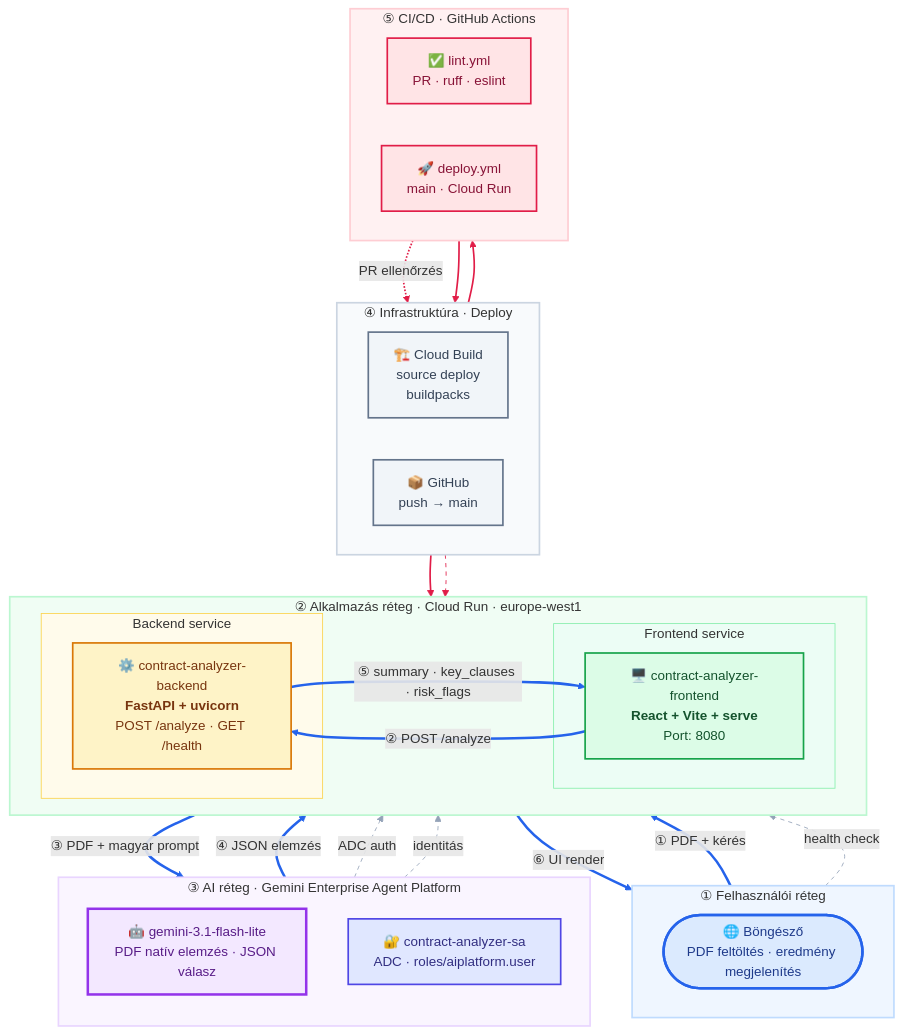
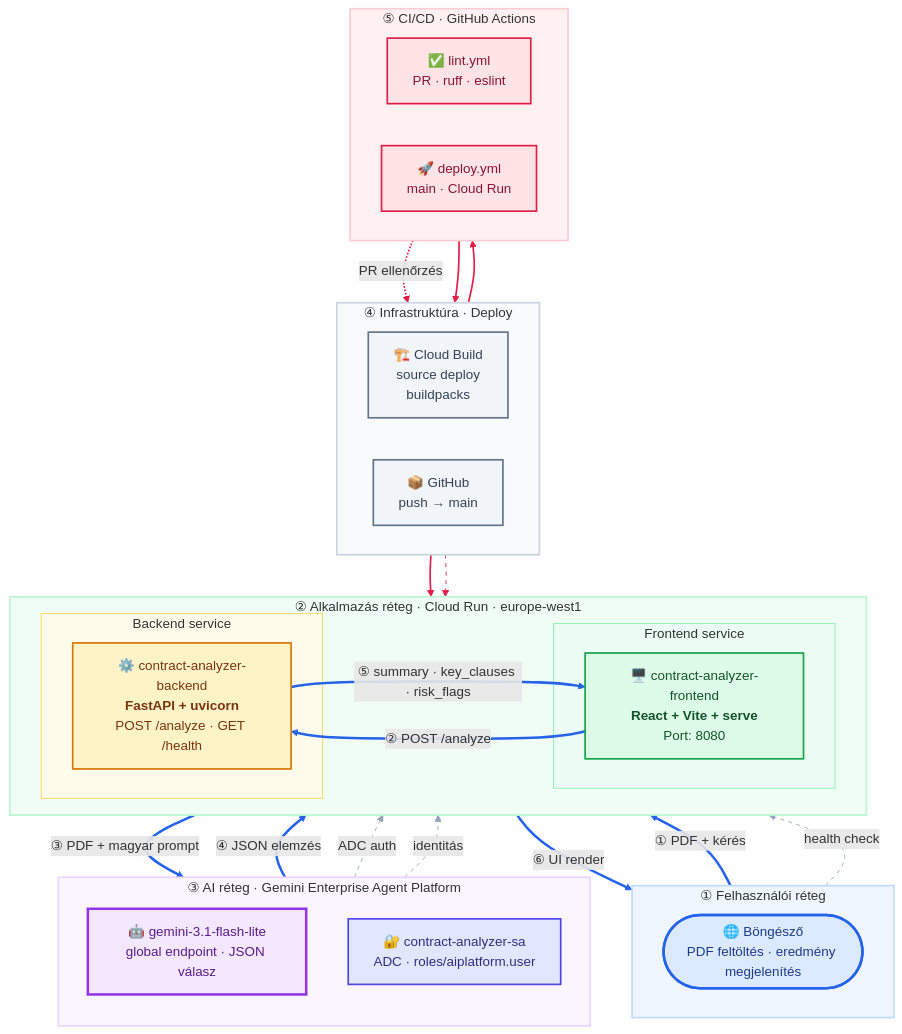
The first of 2 diagrams in README.md (cloudsteak/trn-gcp-ai-contract-analyzer), drawn with Mermaid before and after one commit. The commit also changed other lines of this file and 7 other files, not shown here.

```diff
--- a/README.md
+++ b/README.md
@@ -25,7 +25,7 @@
 
     subgraph L3["③ AI réteg · Gemini Enterprise Agent Platform"]
         direction TB
-        GEAP["🤖 gemini-3.1-flash-lite<br/>PDF natív elemzés · JSON válasz"]
+        GEAP["🤖 gemini-3.1-flash-lite<br/>global endpoint · JSON válasz"]
         SA["🔐 contract-analyzer-sa<br/>ADC · roles/aiplatform.user"]
     end
 
```
